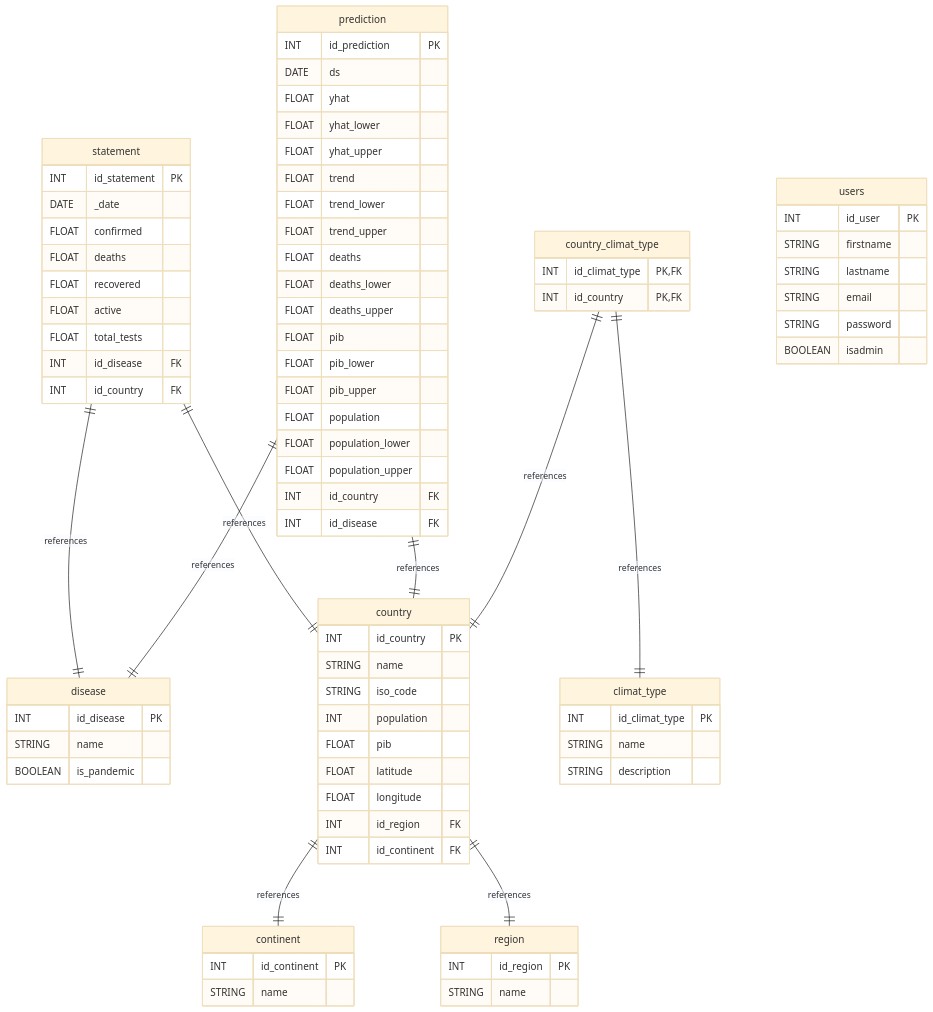
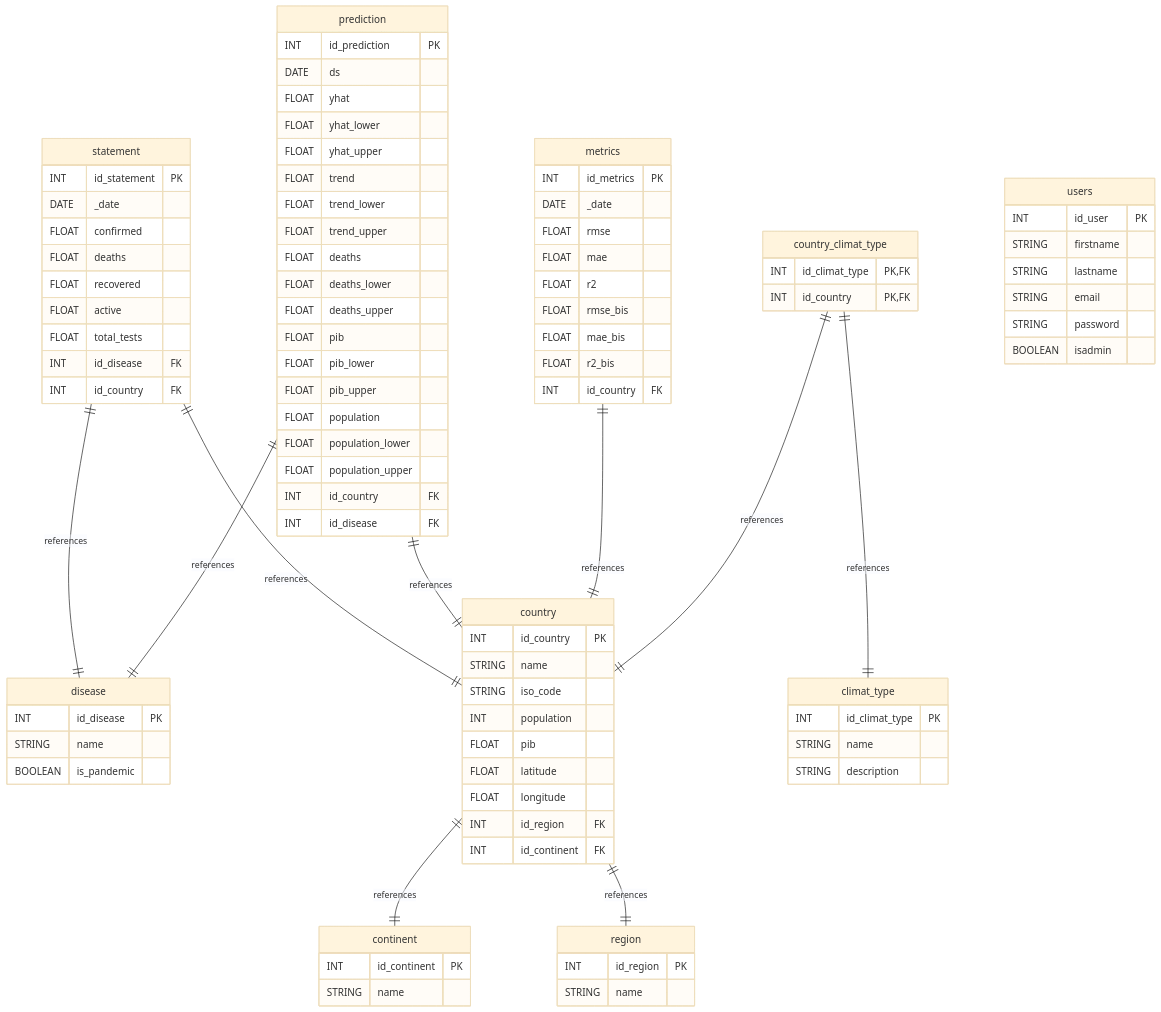
The diagram in postgres/database/MCD.md (Enzobu/MSPR-TPRE-502), drawn with Mermaid (base theme) before and after one commit. The commit also changed 1 other file, not shown here.

```diff
--- a/postgres/database/MCD.md
+++ b/postgres/database/MCD.md
@@ -38,6 +38,18 @@
         FLOAT population_upper
         INT id_country FK
         INT id_disease FK
+    }
+
+    metrics {
+        INT id_metrics PK
+        DATE _date
+        FLOAT rmse
+        FLOAT mae
+        FLOAT r2
+        FLOAT rmse_bis
+        FLOAT mae_bis
+        FLOAT r2_bis
+        INT id_country FK
     }
 
     country {
@@ -88,6 +100,8 @@
     prediction ||--|| disease : "references"
     prediction ||--|| country : "references"
 
+    metrics ||--|| country : "references"
+
     country ||--|| continent : "references"
     country ||--|| region : "references"
 
```
